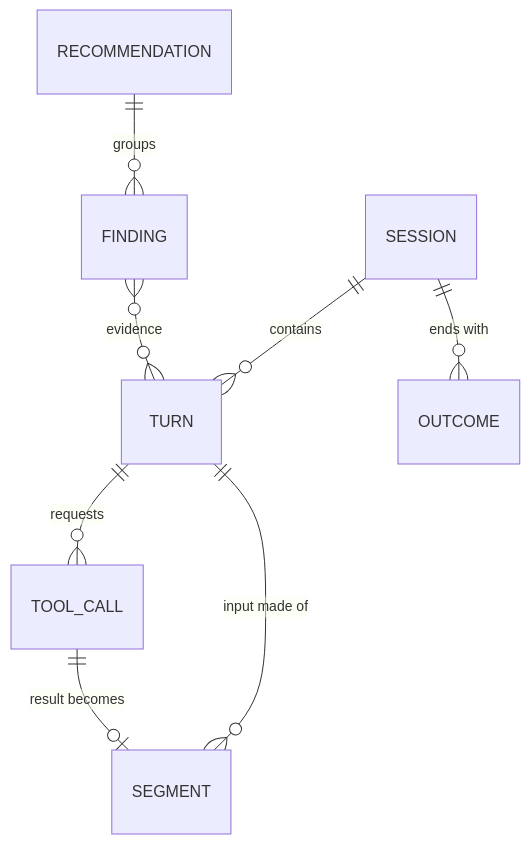
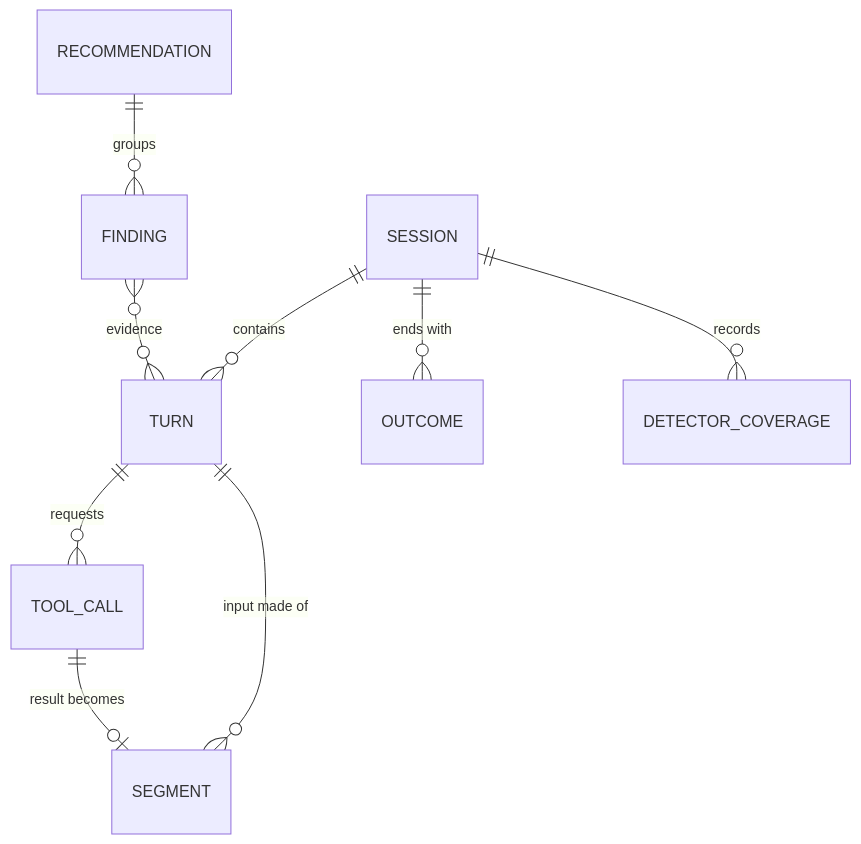
One commit to ChrisAdkin8/trimloop changed the diagram in docs/data-model.md. Above: the diagram before and after it, drawn with Mermaid. The commit also changed other lines of this file and 7 other files, not shown here.

First line of the commit message:
Add analyzer design, extensibility profiles and architecture diagram

````diff
--- a/docs/data-model.md
+++ b/docs/data-model.md
@@ -8,10 +8,11 @@
 ```mermaid
 erDiagram
   SESSION ||--o{ TURN : contains
   TURN ||--o{ SEGMENT : "input made of"
   TURN ||--o{ TOOL_CALL : requests
   TOOL_CALL ||--o| SEGMENT : "result becomes"
   SESSION ||--o{ OUTCOME : "ends with"
+  SESSION ||--o{ DETECTOR_COVERAGE : records
   FINDING }o--o{ TURN : "evidence"
   RECOMMENDATION ||--o{ FINDING : groups
 ```
````
